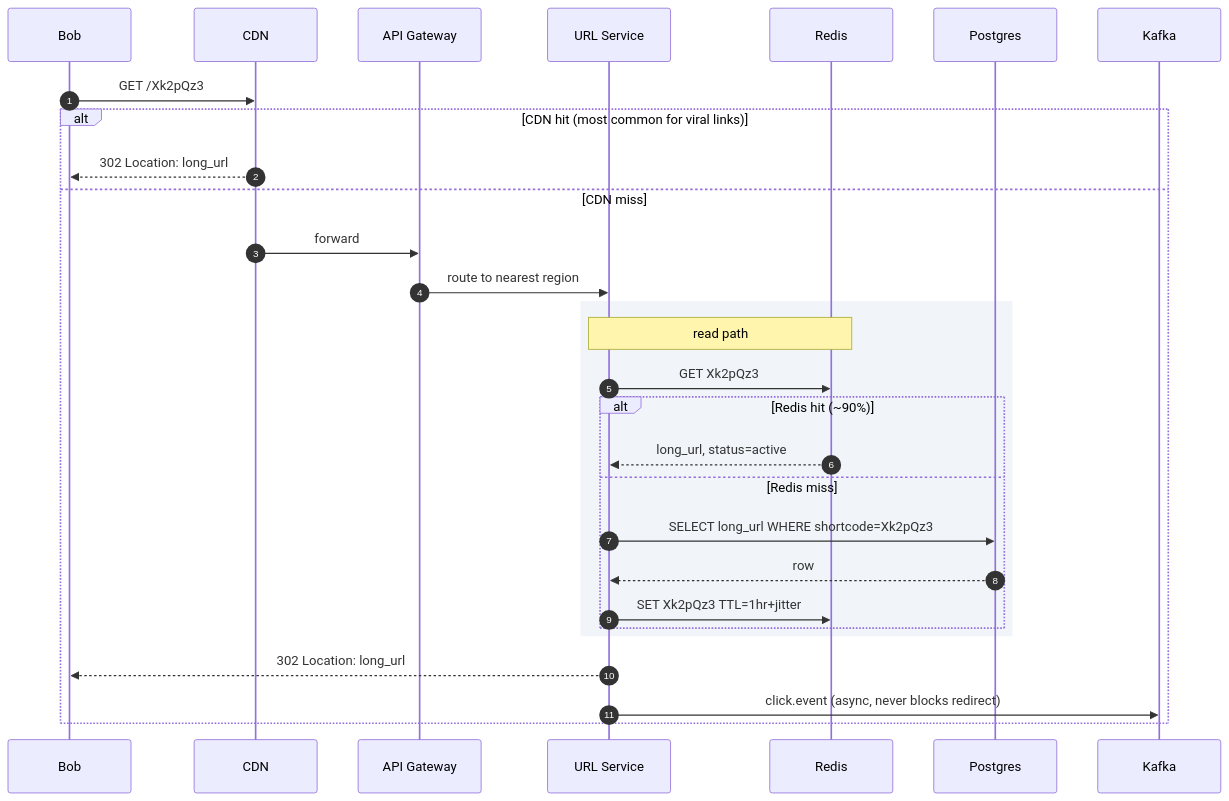
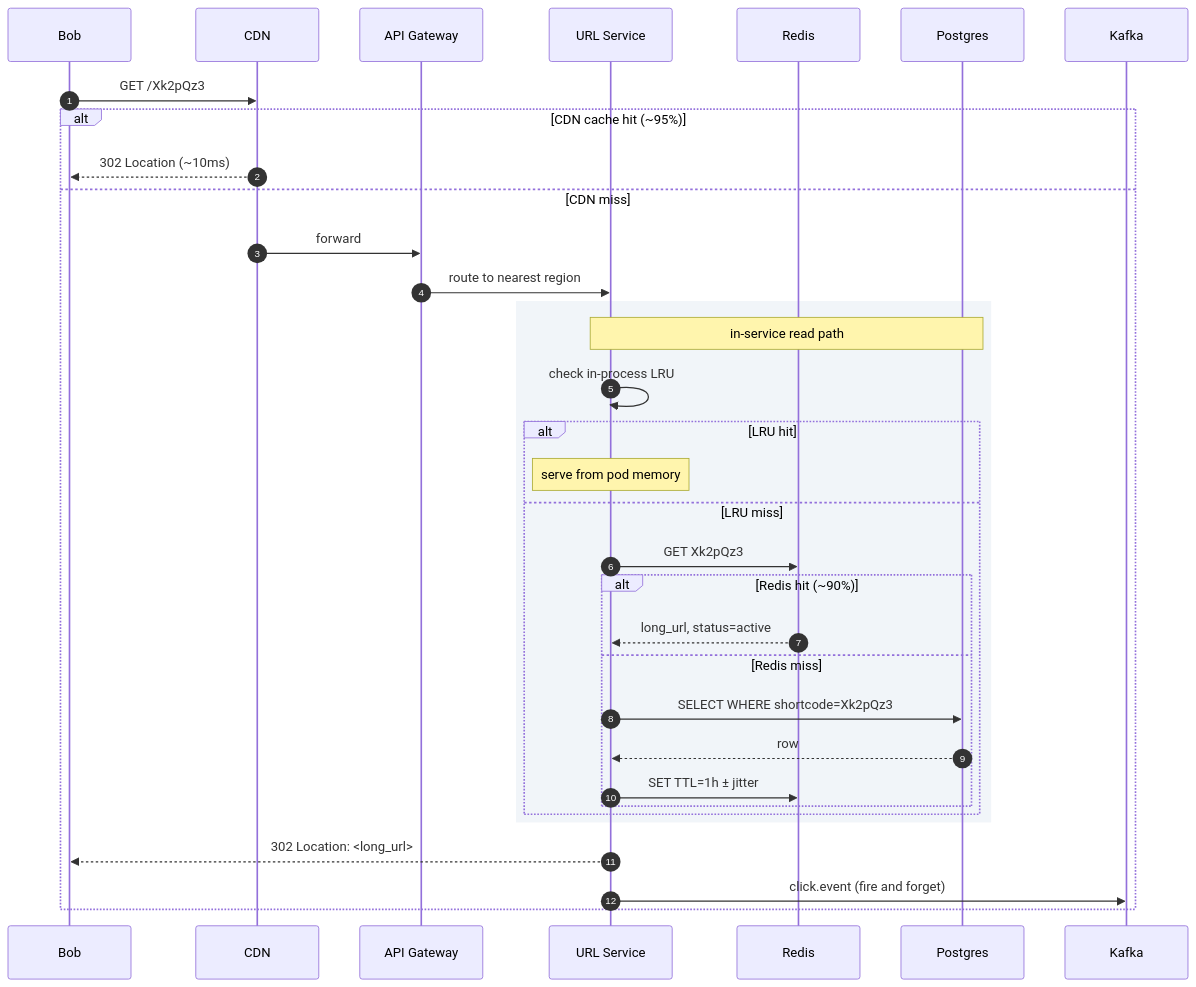
Before and after one commit to shiningflash/system-design: the fourth of 5 diagrams in problems/001-url-shortener/solution.md, drawn with Mermaid. The commit also changed other lines of this file and 1 other file, not shown here.

First line of the commit message:
Rewrite URL shortener problem & solution

````diff
--- a/problems/001-url-shortener/solution.md
+++ b/problems/001-url-shortener/solution.md
@@ -242,34 +262,39 @@
 ```mermaid
 sequenceDiagram
     autonumber
     participant Bob
     participant CDN
     participant GW as API Gateway
     participant S as URL Service
     participant R as Redis
     participant DB as Postgres
     participant K as Kafka
 
     Bob->>CDN: GET /Xk2pQz3
-    alt CDN hit (most common for viral links)
-        CDN-->>Bob: 302 Location: long_url
+    alt CDN cache hit (~95%)
+        CDN-->>Bob: 302 Location (~10ms)
     else CDN miss
         CDN->>GW: forward
         GW->>S: route to nearest region
 
         rect rgb(241, 245, 249)
-            Note over S,R: read path
-            S->>R: GET Xk2pQz3
-            alt Redis hit (~90%)
-                R-->>S: long_url, status=active
-            else Redis miss
-                S->>DB: SELECT long_url WHERE shortcode=Xk2pQz3
-                DB-->>S: row
-                S->>R: SET Xk2pQz3 TTL=1hr+jitter
+            Note over S,DB: in-service read path
+            S->>S: check in-process LRU
+            alt LRU hit
+                Note over S: serve from pod memory
+            else LRU miss
+                S->>R: GET Xk2pQz3
+                alt Redis hit (~90%)
+                    R-->>S: long_url, status=active
+                else Redis miss
+                    S->>DB: SELECT WHERE shortcode=Xk2pQz3
+                    DB-->>S: row
+                    S->>R: SET TTL=1h ± jitter
+                end
             end
         end
 
-        S-->>Bob: 302 Location: long_url
-        S->>K: click.event (async, never blocks redirect)
+        S-->>Bob: 302 Location: <long_url>
+        S->>K: click.event (fire and forget)
     end
 ```
````
